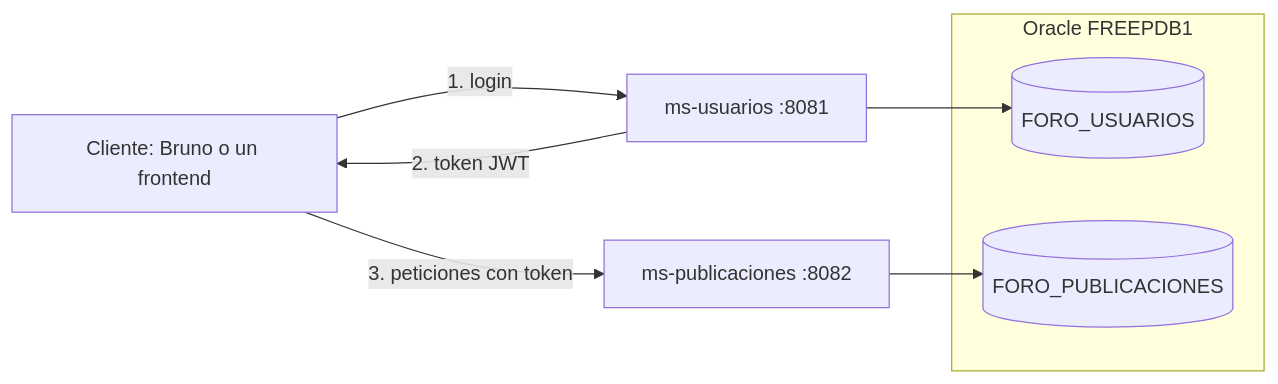
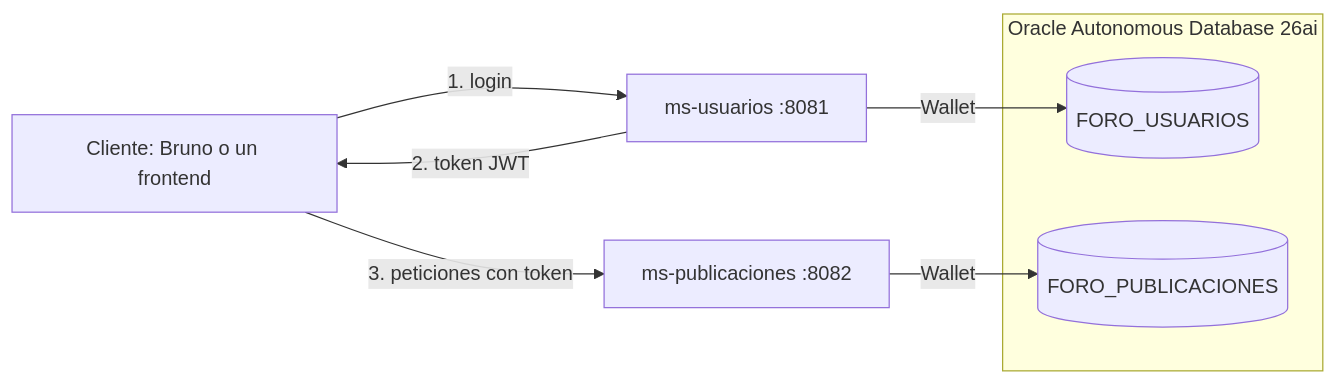
One commit to RobertoASF/foro-infra changed the first of 2 diagrams in README.md. Above: the diagram before and after it, drawn with Mermaid. The commit also changed other lines of this file, not shown here.

Commit message:
se actualiza readme con la conexion a oracle cloud

````diff
--- a/README.md
+++ b/README.md
@@ -15,12 +17,12 @@
 ```mermaid
 flowchart LR
     C[Cliente: Bruno o un frontend] -->|1. login| U[ms-usuarios :8081]
     U -->|2. token JWT| C
     C -->|3. peticiones con token| P[ms-publicaciones :8082]
-    subgraph Oracle [Oracle FREEPDB1]
+    subgraph Oracle [Oracle Autonomous Database 26ai]
         EU[(FORO_USUARIOS)]
         EP[(FORO_PUBLICACIONES)]
     end
-    U --> EU
-    P --> EP
+    U -->|Wallet| EU
+    P -->|Wallet| EP
 ```
````
